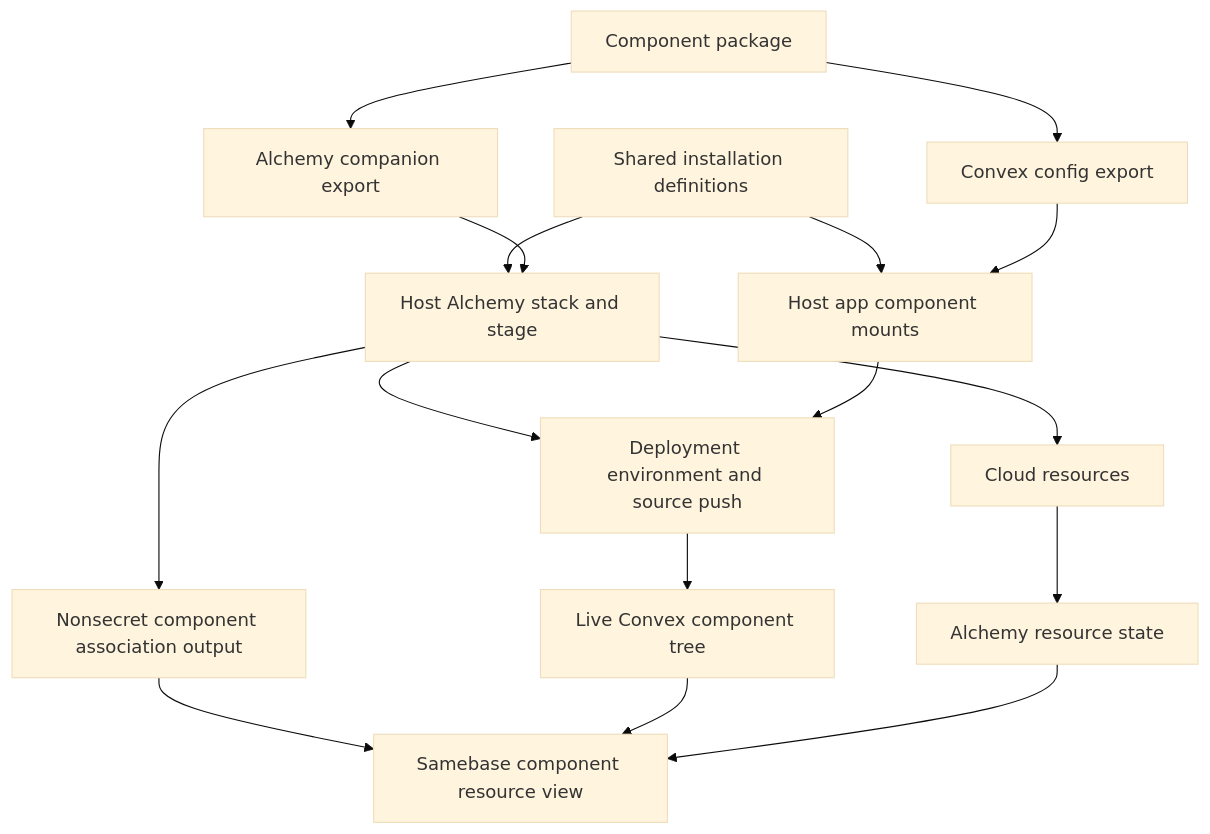
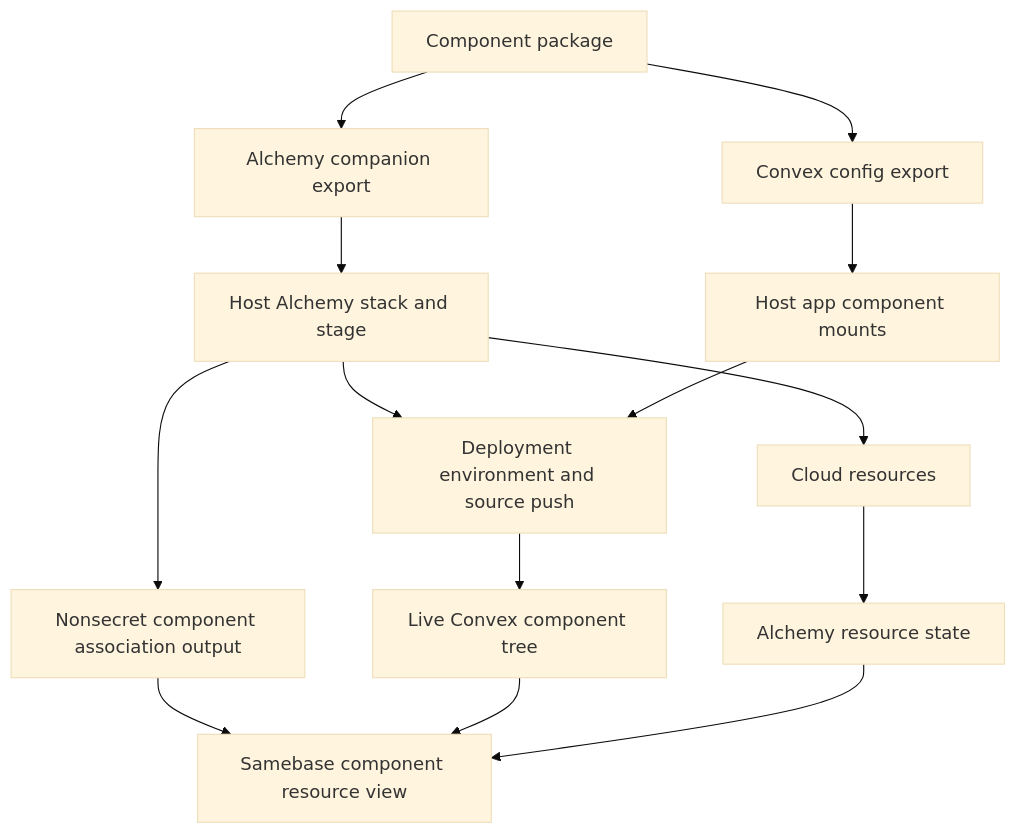
The diagram in research/2026-10-22-convex-component-alchemy-resources.md (samebase/samebase), drawn with Mermaid (base theme) before and after one commit. The commit also changed other lines of this file and 2 other files, not shown here.

````diff
--- a/research/2026-10-22-convex-component-alchemy-resources.md
+++ b/research/2026-10-22-convex-component-alchemy-resources.md
@@ -217,18 +204,16 @@
 ```mermaid
 flowchart TD
   P[Component package] --> C[Convex config export]
   P --> A[Alchemy companion export]
-  D[Shared installation definitions] --> H
-  D --> S
   C --> H[Host app component mounts]
   A --> S[Host Alchemy stack and stage]
   S --> R[Cloud resources]
   S --> E[Deployment environment and source push]
   H --> E
   S --> M[Nonsecret component association output]
   E --> T[Live Convex component tree]
   M --> U[Samebase component resource view]
   T --> U
   R --> I[Alchemy resource state]
   I --> U
 ```
````
